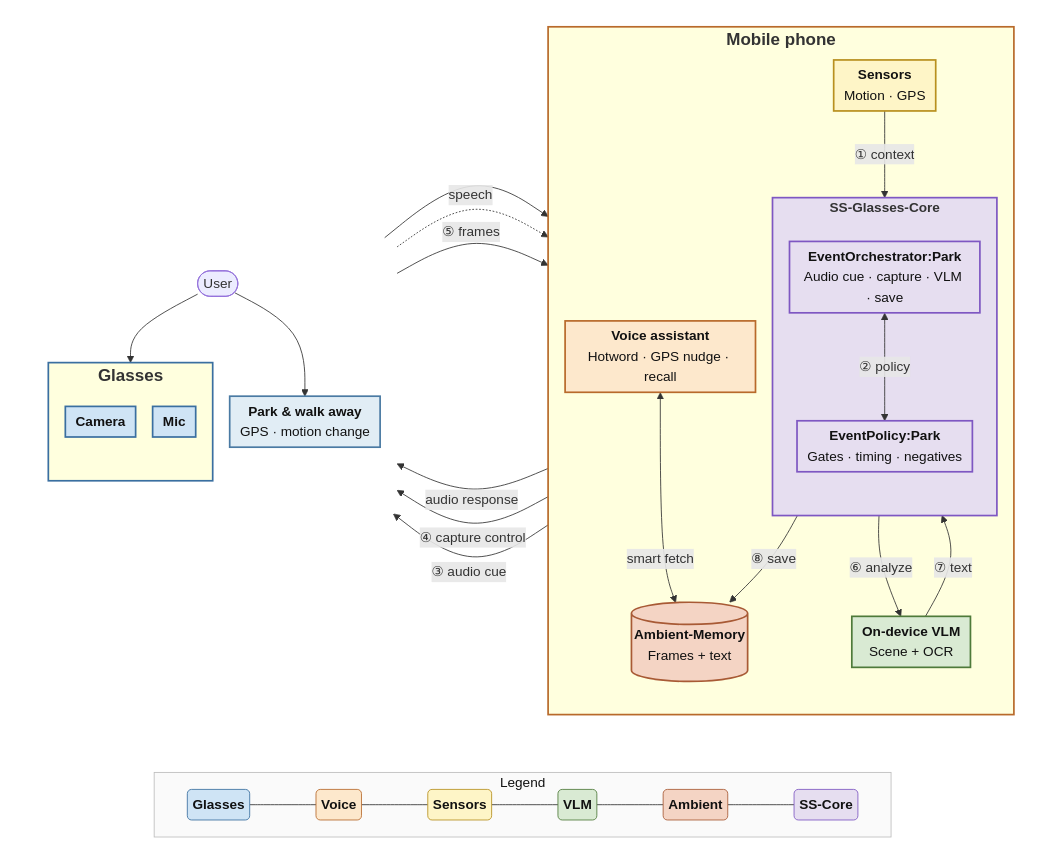
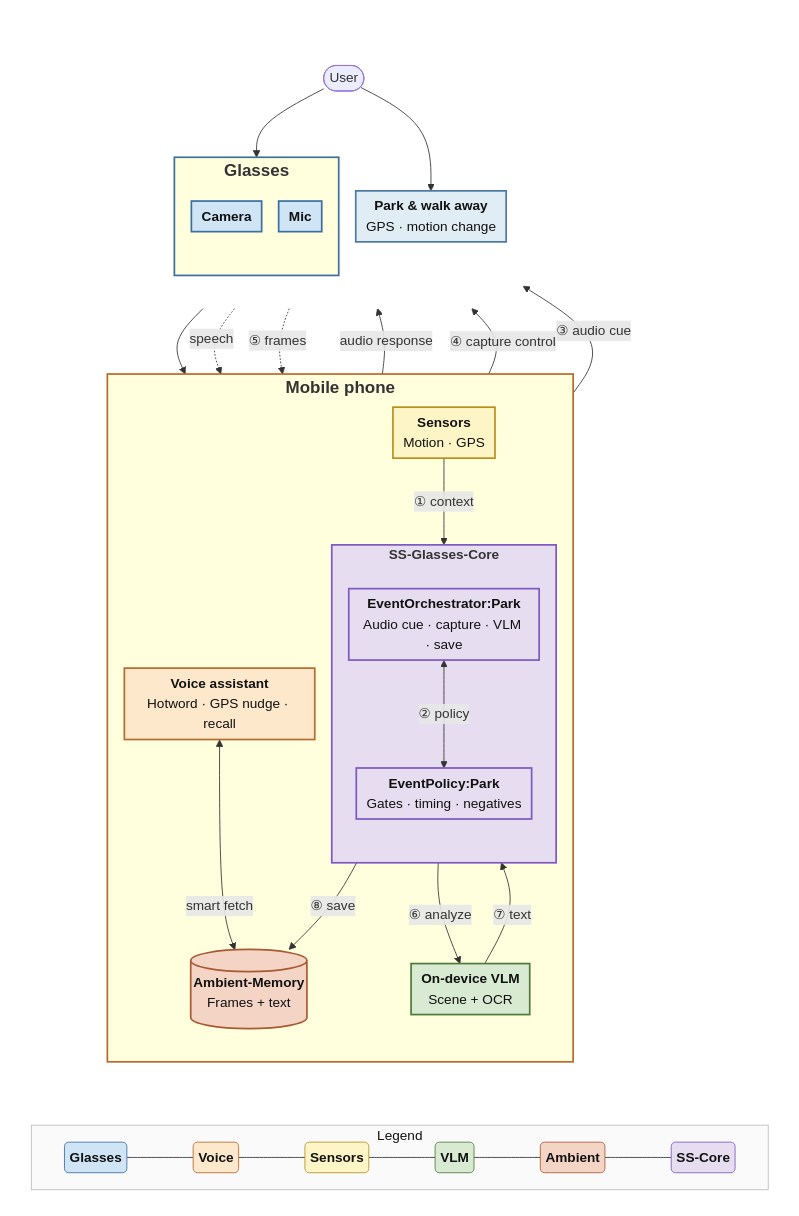
The diagram in tmp/idea2.md (penkesiva/wer-26), drawn with Mermaid before and after one commit.

Commit message:
docs(idea2): stack Glasses below Mobile in idea2.md TB layout

````diff
--- a/tmp/idea2.md
+++ b/tmp/idea2.md
@@ -3,12 +3,12 @@
 ```mermaid
 %% Idea 2 — Mark Car Parking Spot · mermaid.live
-%% Layout: User + Glasses (left) → Mobile (right)
+%% Layout: Mobile (top) | Glasses (bottom) | Legend
 %% <b>…</b> = bold title inside a box
 %%{init: {'flowchart': {'htmlLabels': true, 'padding': 6, 'nodeSpacing': 20, 'rankSpacing': 28}}}%%
 
 flowchart TB
     subgraph MainRow[" "]
-        direction LR
+        direction TB
         subgraph Mobile["<b><span style='font-size:20px'>Mobile phone</span></b>"]
             direction TB
             VA["<b>Voice assistant</b><br/>Hotword · GPS nudge · recall"]
@@ -56,7 +56,7 @@
     OrchCP <-->|"② policy"| PolicyCP
     OrchCP -->|"③ audio cue"| Glasses
     OrchCP -->|"④ capture control"| Cam
-    Cam -->|"⑤ frames"| OrchCP
+    Cam -.->|"⑤ frames"| OrchCP
     OrchCP -->|"⑥ analyze"| VLM
     VLM -->|"⑦ text"| OrchCP
     OrchCP -->|"⑧ save"| AMEM
````
